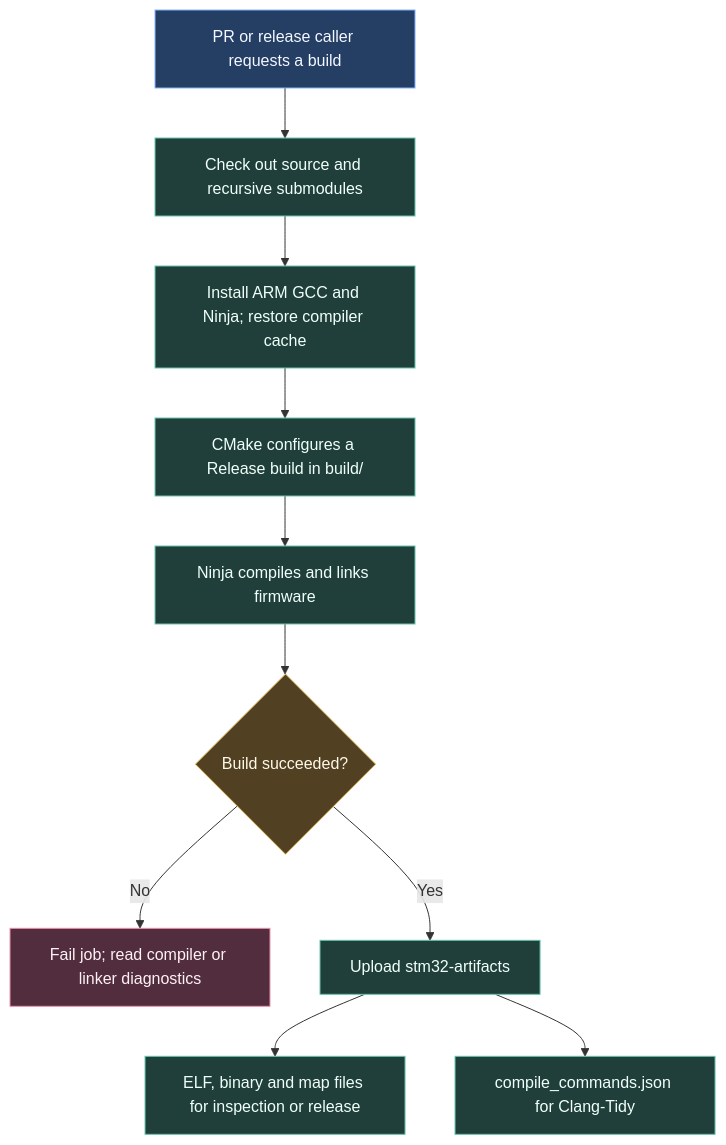
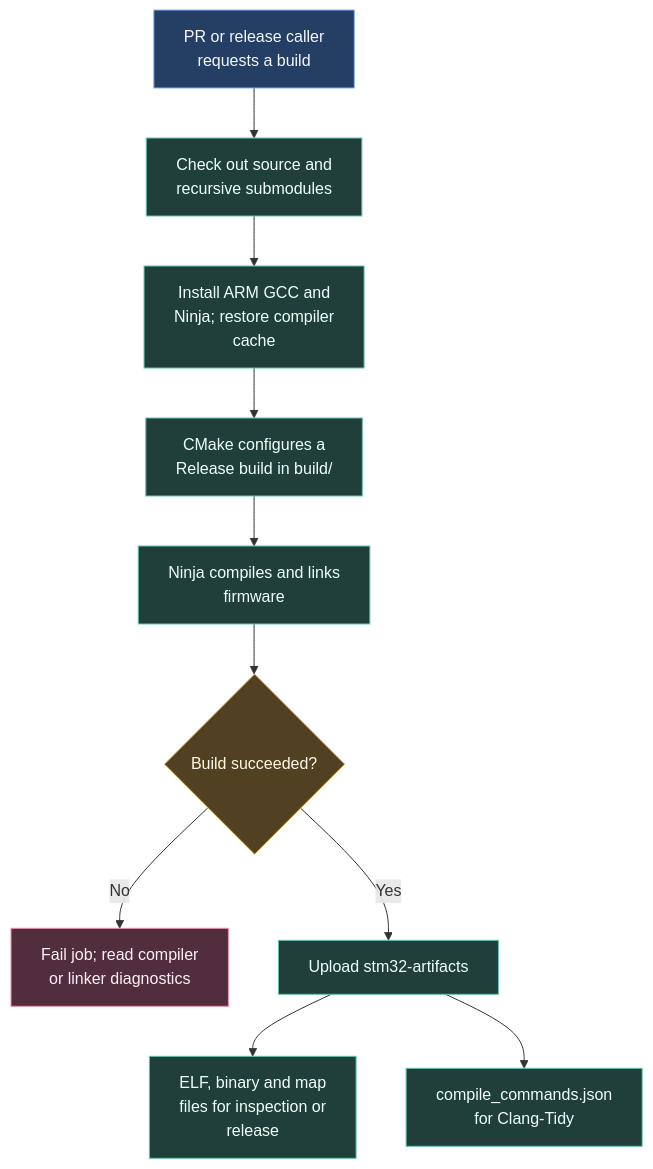
The diagram in docs/ci/firmware-build.md (ARTTU-Software/.github), drawn with Mermaid before and after one commit. The commit also changed 12 other files, not shown here.

Commit message:
docs: keep diagram labels readable within their nodes

````diff
--- a/docs/ci/firmware-build.md
+++ b/docs/ci/firmware-build.md
@@ -10,20 +10,20 @@
 ```mermaid
 flowchart TB
-    CALL["PR or release caller requests a build"] --> SOURCE["Check out source and recursive submodules"]
-    SOURCE --> TOOLS["Install ARM GCC and Ninja; restore compiler cache"]
-    TOOLS --> CONFIG["CMake configures a Release build in build/"]
-    CONFIG --> COMPILE["Ninja compiles and links firmware"]
+    CALL["PR or release caller<br/>requests a build"] --> SOURCE["Check out source and<br/>recursive submodules"]
+    SOURCE --> TOOLS["Install ARM GCC and<br/>Ninja; restore compiler<br/>cache"]
+    TOOLS --> CONFIG["CMake configures a<br/>Release build in build/"]
+    CONFIG --> COMPILE["Ninja compiles and links<br/>firmware"]
     COMPILE --> RESULT{"Build succeeded?"}
-    RESULT -->|No| ERROR["Fail job; read compiler or linker diagnostics"]
+    RESULT -->|No| ERROR["Fail job; read compiler<br/>or linker diagnostics"]
     RESULT -->|Yes| SAVE["Upload stm32-artifacts"]
-    SAVE --> FILES["ELF, binary and map files for inspection or release"]
-    SAVE --> DB["compile_commands.json for Clang-Tidy"]
+    SAVE --> FILES["ELF, binary and map<br/>files for inspection or<br/>release"]
+    SAVE --> DB["compile_commands.json<br/>for Clang-Tidy"]
     classDef event fill:#253e64,stroke:#82b4ff,color:#f3f7ff
     classDef work fill:#203f3b,stroke:#66c5ae,color:#f0fff9
     classDef check fill:#514122,stroke:#e8bf63,color:#fff8e8
     classDef failure fill:#512d3d,stroke:#ef91ac,color:#fff1f6
     class CALL event
     class SOURCE,TOOLS,CONFIG,COMPILE,SAVE,FILES,DB work
     class RESULT check
     class ERROR failure
 ```
````
